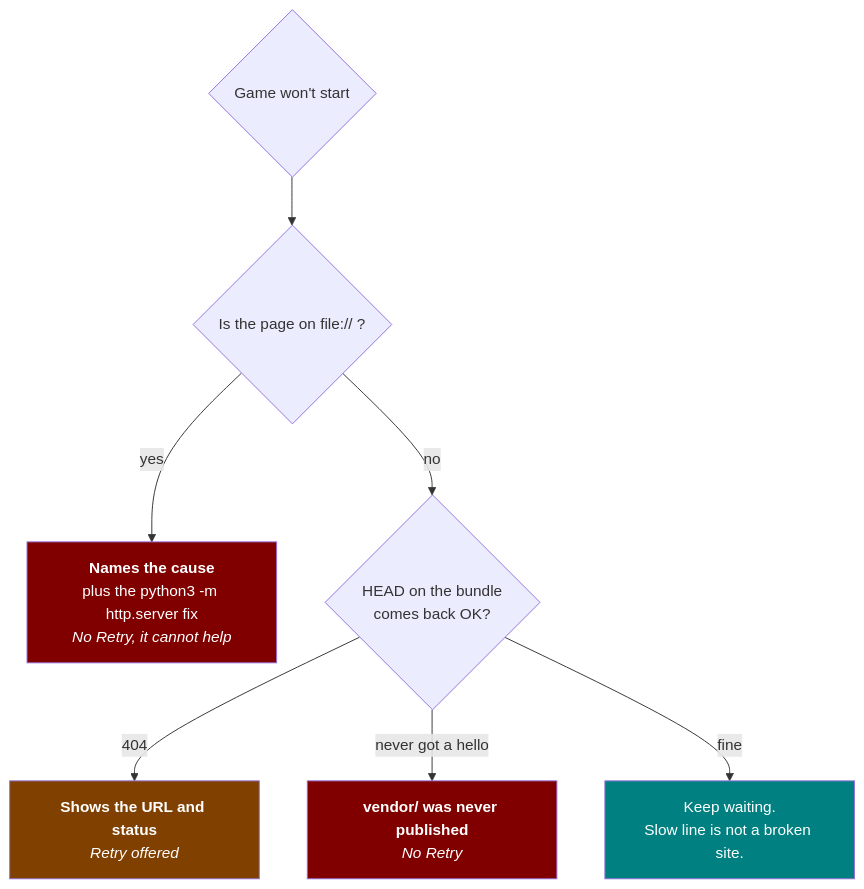
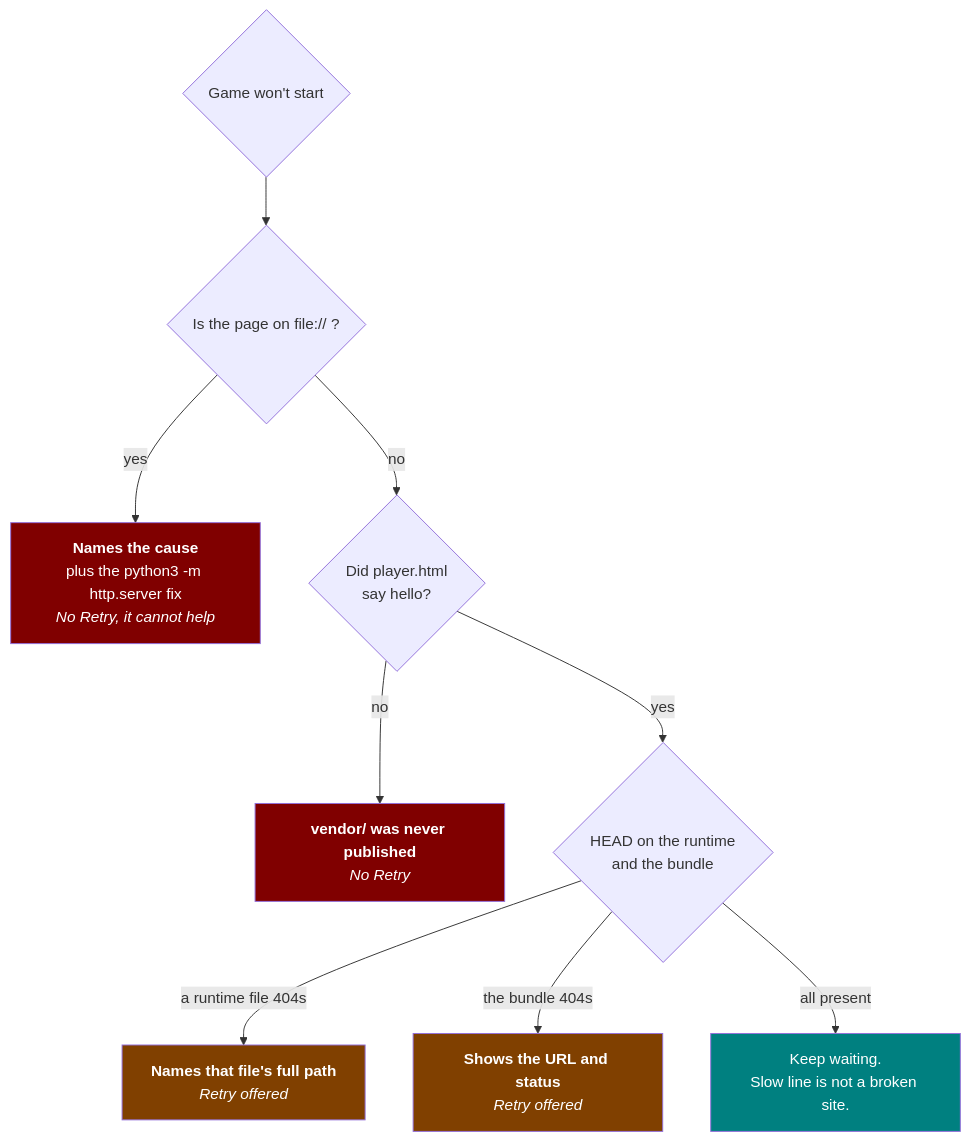
Before and after one commit to d4551/innovation-oxford: the sixth of 6 diagrams in README.md, drawn with Mermaid. The commit also changed other lines of this file and 2 other files, not shown here.

First line of the commit message:
Name the missing runtime file instead of blaming the browser

````diff
--- a/README.md
+++ b/README.md
@@ -392,14 +392,17 @@
 ```mermaid
 flowchart TD
     Q{"Game won't start"} --> A{"Is the page on file:// ?"}
     A -->|"yes"| A1["<b>Names the cause</b><br/>plus the python3 -m http.server fix<br/><i>No Retry, it cannot help</i>"]
-    A -->|"no"| B{"HEAD on the bundle<br/>comes back OK?"}
-    B -->|"404"| B1["<b>Shows the URL and status</b><br/><i>Retry offered</i>"]
-    B -->|"never got a hello"| C1["<b>vendor/ was never published</b><br/><i>No Retry</i>"]
-    B -->|"fine"| D["Keep waiting.<br/>Slow line is not a broken site."]
+    A -->|"no"| P{"Did player.html<br/>say hello?"}
+    P -->|"no"| C1["<b>vendor/ was never published</b><br/><i>No Retry</i>"]
+    P -->|"yes"| B{"HEAD on the runtime<br/>and the bundle"}
+    B -->|"a runtime file 404s"| R1["<b>Names that file's full path</b><br/><i>Retry offered</i>"]
+    B -->|"the bundle 404s"| B1["<b>Shows the URL and status</b><br/><i>Retry offered</i>"]
+    B -->|"all present"| D["Keep waiting.<br/>Slow line is not a broken site."]
 
     style A1 fill:#800000,color:#fff
     style B1 fill:#804000,color:#fff
+    style R1 fill:#804000,color:#fff
     style C1 fill:#800000,color:#fff
     style D fill:#008080,color:#fff
 ```
````
